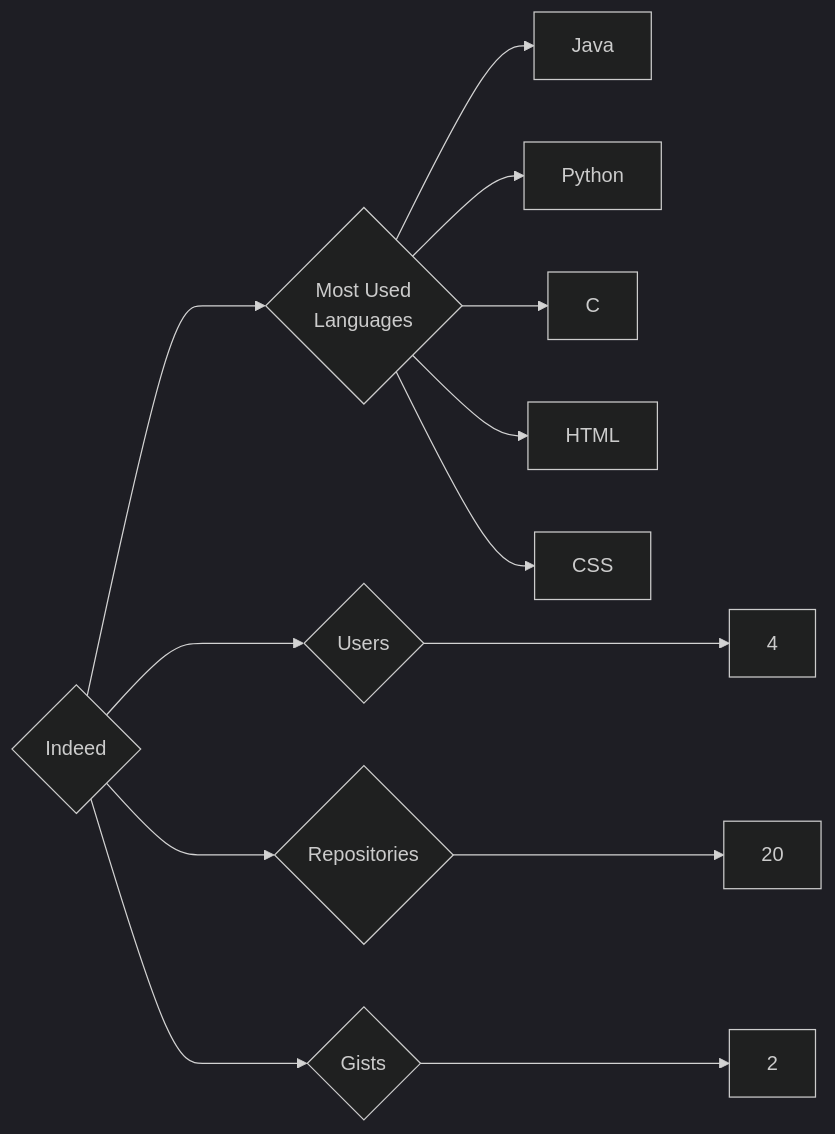
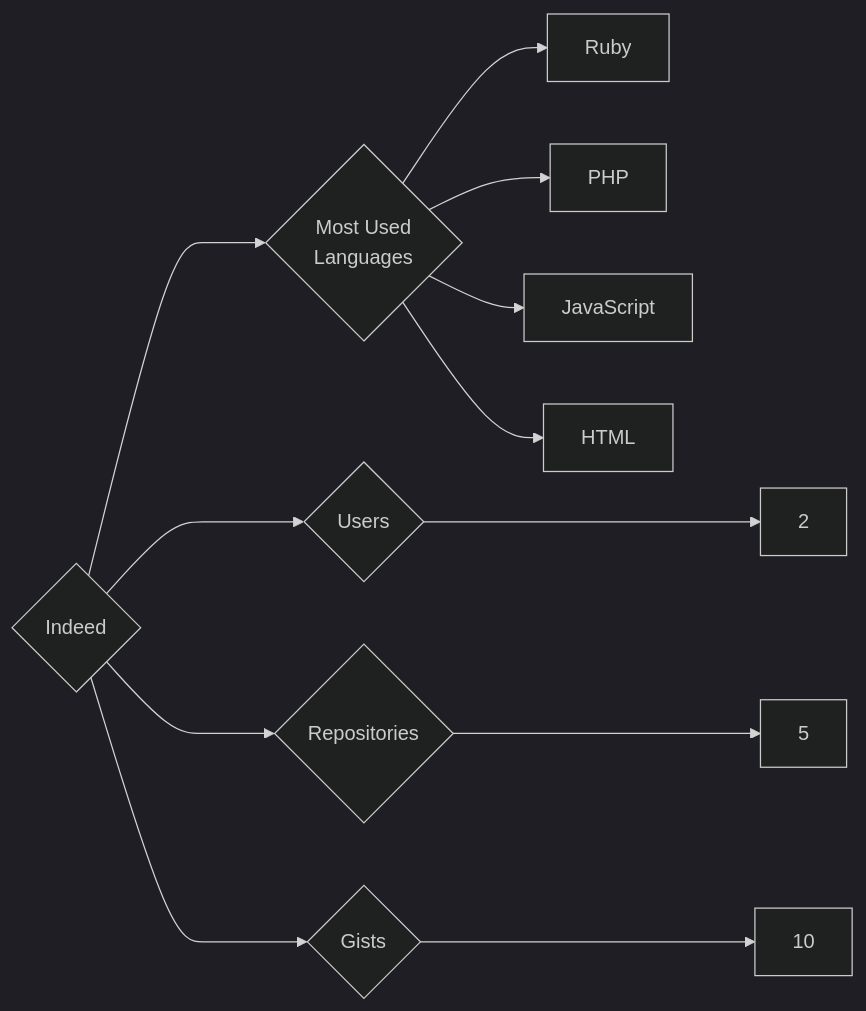
One commit to trickest/insiders changed the diagram in targets/Indeed/README.md. Above: the diagram before and after it, drawn with Mermaid (dark theme). The commit also changed 997 other files, not shown here.

````diff
--- a/targets/Indeed/README.md
+++ b/targets/Indeed/README.md
@@ -3,13 +3,12 @@
 ```mermaid
 graph LR
 COMPANY_NAME{Indeed}
-COMPANY_NAME ---> U{Users} ---> UN[4]
-COMPANY_NAME ---> R{Repositories} ---> RN[20]
-COMPANY_NAME ---> G{Gists} ---> GN[2]
+COMPANY_NAME ---> U{Users} ---> UN[2]
+COMPANY_NAME ---> R{Repositories} ---> RN[5]
+COMPANY_NAME ---> G{Gists} ---> GN[10]
 COMPANY_NAME ---> ML{Most Used<br>Languages}
-ML --> Java[Java]
-ML --> Python[Python]
-ML --> C[C]
+ML --> Ruby[Ruby]
+ML --> PHP[PHP]
+ML --> JavaScript[JavaScript]
 ML --> HTML[HTML]
-ML --> CSS[CSS]
 ```
````
